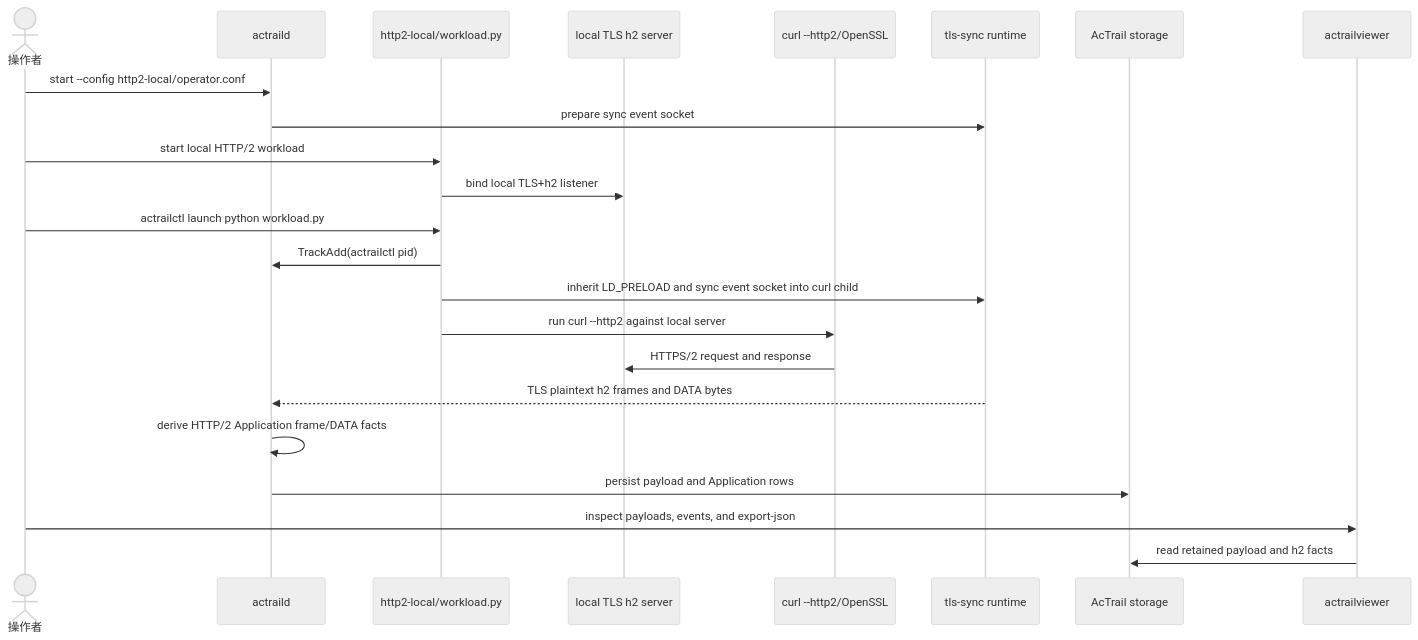
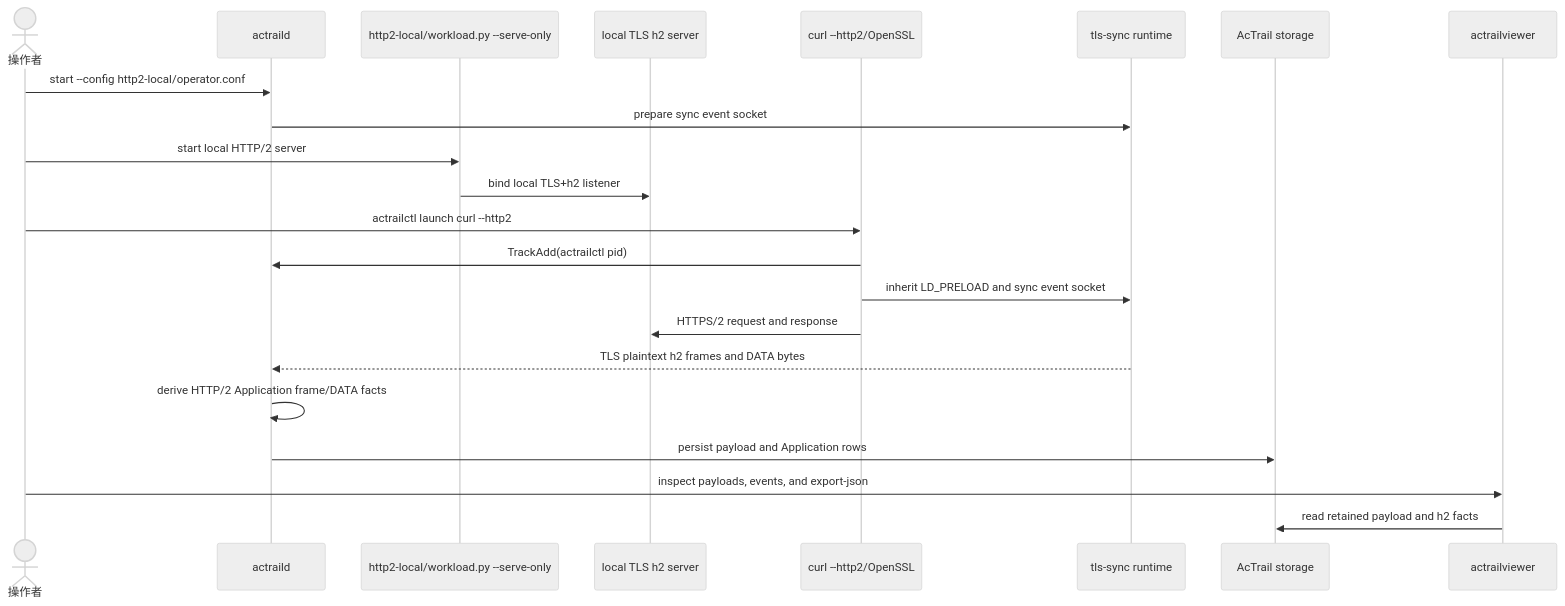
Before and after one commit to openeuler-mirror/AcTrail: the third of 3 diagrams in docs/examples/02.llm-http-payload-capture/README.md, drawn with Mermaid (neutral theme). The commit also changed other lines of this file and 213 other files, not shown here.

````diff
--- a/docs/examples/02.llm-http-payload-capture/README.md
+++ b/docs/examples/02.llm-http-payload-capture/README.md
@@ -443,26 +449,25 @@
 ```mermaid
 sequenceDiagram
     actor User as 操作者
     participant Daemon as actraild
-    participant Workload as http2-local/workload.py
+    participant Workload as http2-local/workload.py --serve-only
     participant Server as local TLS h2 server
     participant Curl as curl --http2/OpenSSL
     participant Runtime as tls-sync runtime
     participant Store as AcTrail storage
     participant Viewer as actrailviewer
 
     User->>Daemon: start --config http2-local/operator.conf
     Daemon->>Runtime: prepare sync event socket
-    User->>Workload: start local HTTP/2 workload
+    User->>Workload: start local HTTP/2 server
     Workload->>Server: bind local TLS+h2 listener
-    User->>Workload: actrailctl launch python workload.py
-    Workload->>Daemon: TrackAdd(actrailctl pid)
-    Workload->>Runtime: inherit LD_PRELOAD and sync event socket into curl child
-    Workload->>Curl: run curl --http2 against local server
+    User->>Curl: actrailctl launch curl --http2
+    Curl->>Daemon: TrackAdd(actrailctl pid)
+    Curl->>Runtime: inherit LD_PRELOAD and sync event socket
     Curl->>Server: HTTPS/2 request and response
     Runtime-->>Daemon: TLS plaintext h2 frames and DATA bytes
     Daemon->>Daemon: derive HTTP/2 Application frame/DATA facts
     Daemon->>Store: persist payload and Application rows
     User->>Viewer: inspect payloads, events, and export-json
     Viewer->>Store: read retained payload and h2 facts
 ```
````
